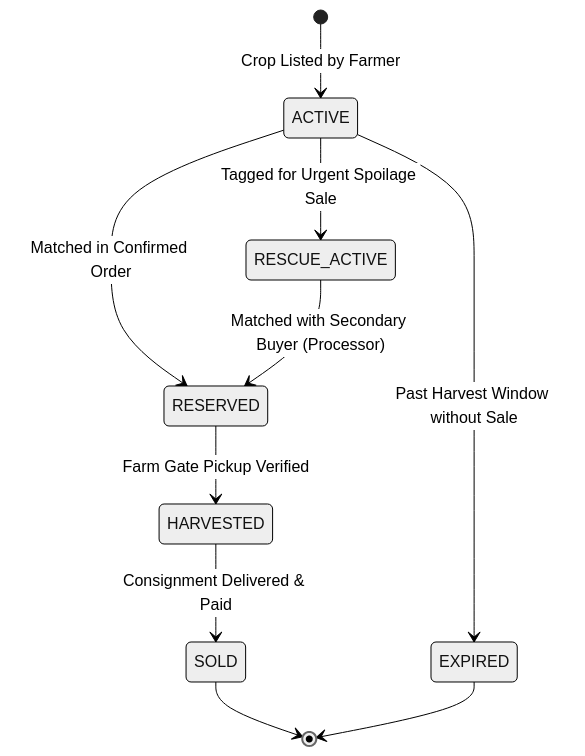
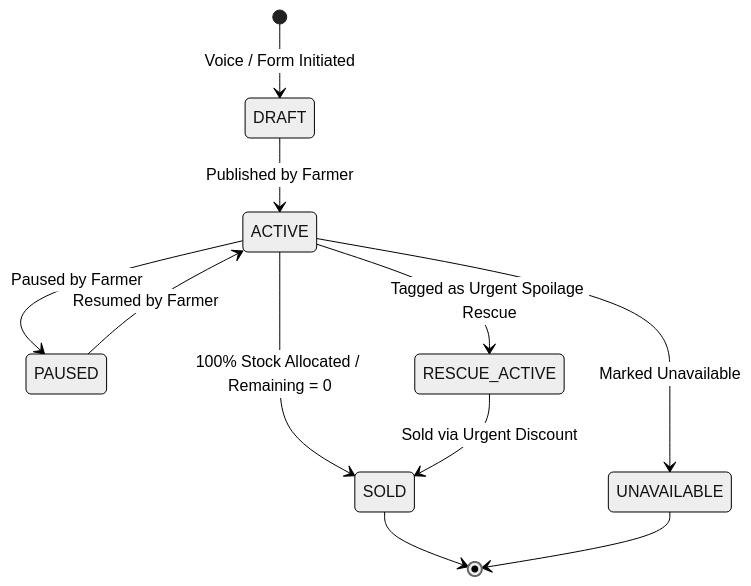
One commit to vanshbahl/KisanLink changed the fourth of 9 diagrams in DOCS/FLOWS.md. Above: the diagram before and after it, drawn with Mermaid (neutral theme). The commit also changed other lines of this file and 11 other files, not shown here.

````diff
--- a/DOCS/FLOWS.md
+++ b/DOCS/FLOWS.md
@@ -104,12 +111,14 @@
 ```mermaid
 stateDiagram-v2
-    [*] --> ACTIVE : Crop Listed by Farmer
-    ACTIVE --> RESERVED : Matched in Confirmed Order
-    ACTIVE --> RESCUE_ACTIVE : Tagged for Urgent Spoilage Sale
-    RESERVED --> HARVESTED : Farm Gate Pickup Verified
-    RESCUE_ACTIVE --> RESERVED : Matched with Secondary Buyer (Processor)
-    HARVESTED --> SOLD : Consignment Delivered & Paid
-    ACTIVE --> EXPIRED : Past Harvest Window without Sale
+    [*] --> DRAFT : Voice / Form Initiated
+    DRAFT --> ACTIVE : Published by Farmer
+    ACTIVE --> PAUSED : Paused by Farmer
+    PAUSED --> ACTIVE : Resumed by Farmer
+    ACTIVE --> RESCUE_ACTIVE : Tagged as Urgent Spoilage Rescue
+    ACTIVE --> SOLD : 100% Stock Allocated / Remaining = 0
+    RESCUE_ACTIVE --> SOLD : Sold via Urgent Discount
+    ACTIVE --> UNAVAILABLE : Marked Unavailable
+    
     SOLD --> [*]
-    EXPIRED --> [*]
+    UNAVAILABLE --> [*]
 ```
````
